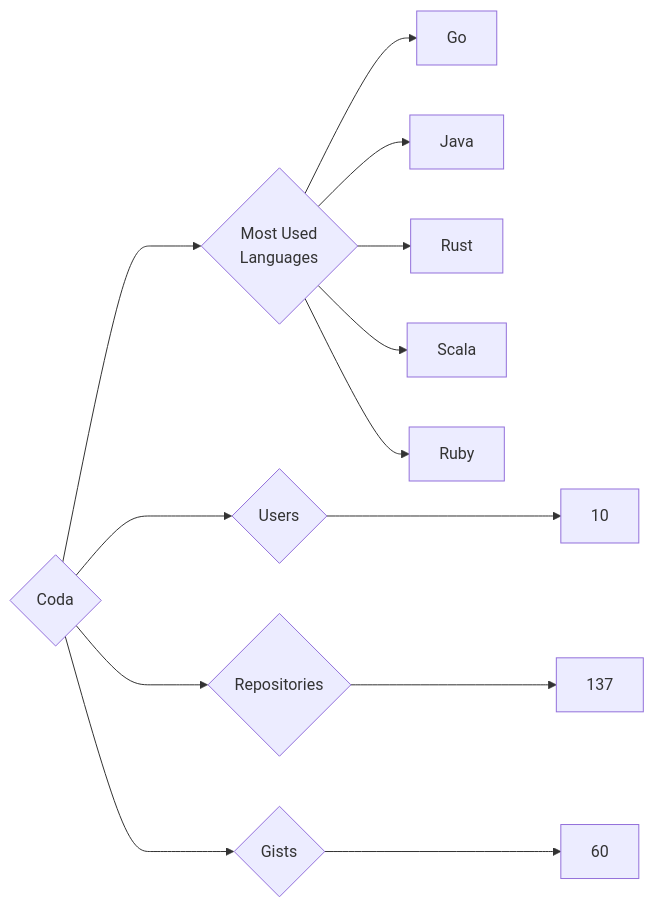
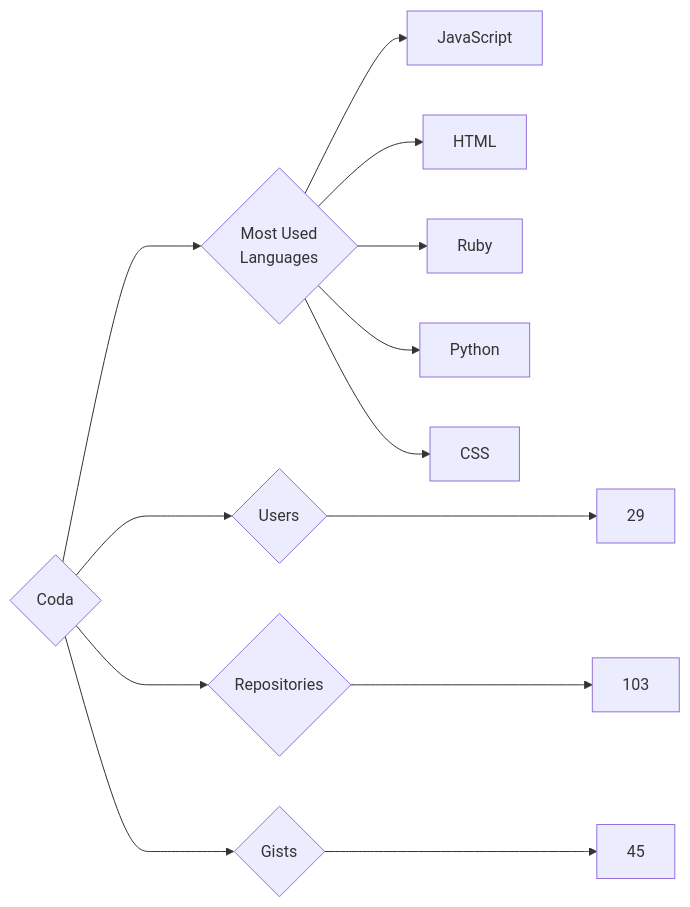
The diagram in targets/Coda/README.md (trickest/insiders), drawn with Mermaid before and after one commit. The commit also changed 715 other files, not shown here.

````diff
--- a/targets/Coda/README.md
+++ b/targets/Coda/README.md
@@ -3,13 +3,13 @@
 ```mermaid
 graph LR
 COMPANY_NAME{Coda}
-COMPANY_NAME ---> U{Users} ---> UN[10]
-COMPANY_NAME ---> R{Repositories} ---> RN[137]
-COMPANY_NAME ---> G{Gists} ---> GN[60]
+COMPANY_NAME ---> U{Users} ---> UN[29]
+COMPANY_NAME ---> R{Repositories} ---> RN[103]
+COMPANY_NAME ---> G{Gists} ---> GN[45]
 COMPANY_NAME ---> ML{Most Used<br>Languages}
-ML --> Go[Go]
-ML --> Java[Java]
-ML --> Rust[Rust]
-ML --> Scala[Scala]
+ML --> JavaScript[JavaScript]
+ML --> HTML[HTML]
 ML --> Ruby[Ruby]
+ML --> Python[Python]
+ML --> CSS[CSS]
 ```
````
